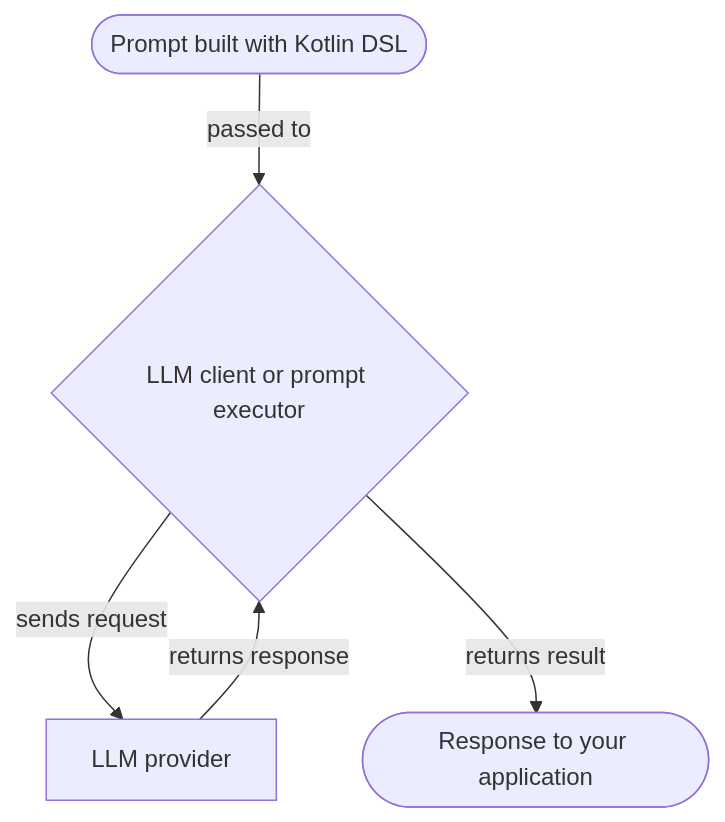
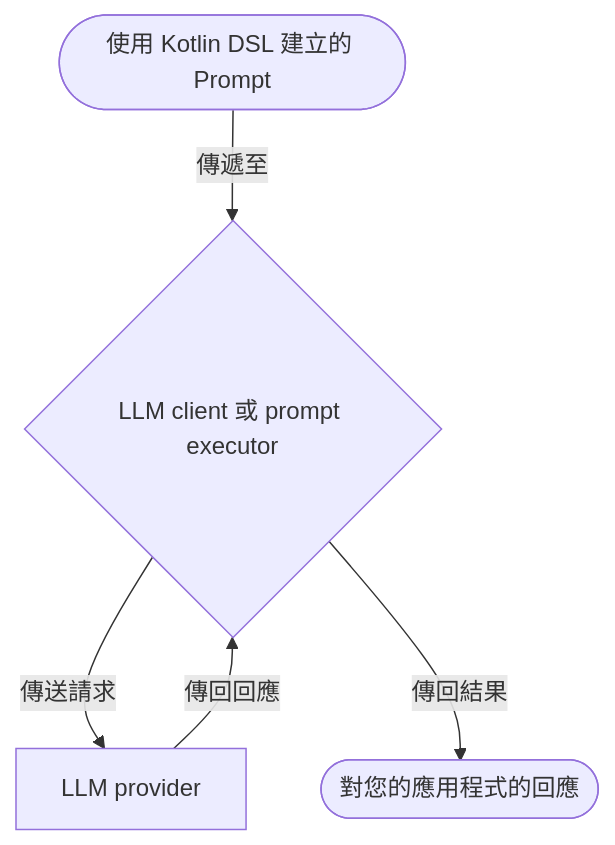
Before and after one commit to BinaryTape/Open-Docs: the first of 2 diagrams in docs/zh-Hant/koog/prompts/index.md, drawn with Mermaid. The commit also changed other lines of this file and 156 other files, not shown here.

````diff
--- a/docs/zh-Hant/koog/prompts/index.md
+++ b/docs/zh-Hant/koog/prompts/index.md
@@ -44,12 +41,12 @@
 ```mermaid
 flowchart TB
-    A([Prompt built with Kotlin DSL])
-    B{LLM client or prompt executor}
+    A([使用 Kotlin DSL 建立的 Prompt])
+    B{LLM client 或 prompt executor}
     C[LLM provider]
-    D([Response to your application])
+    D([對您的應用程式的回應])
 
-    A -->|"passed to"| B
-    B -->|"sends request"| C
-    C -->|"returns response"| B
-    B -->|"returns result"| D
+    A -->|"傳遞至"| B
+    B -->|"傳送請求"| C
+    C -->|"傳回回應"| B
+    B -->|"傳回結果"| D
 ```
````
